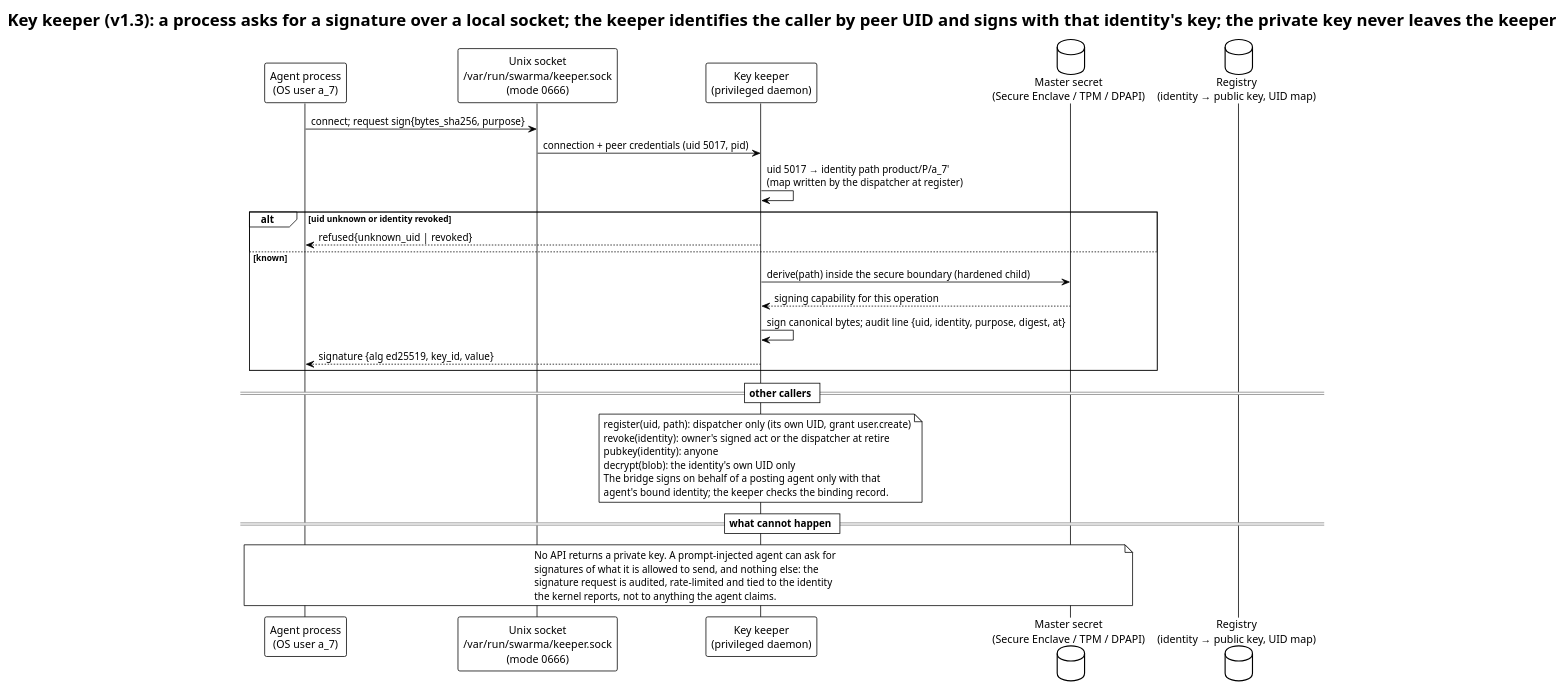
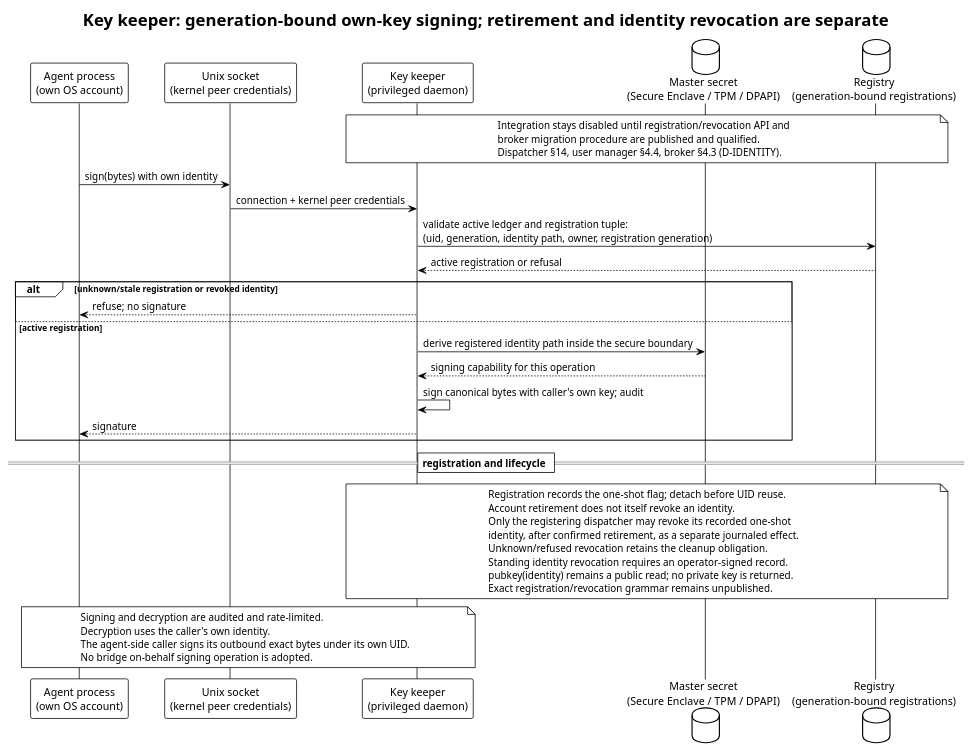
One commit to relux-works/swarm-platform-architecture changed the diagram in diagrams/plantuml/sequence/keeper-sign.puml. Above: the diagram before and after it, drawn with PlantUML. The commit also changed 16 other files, not shown here.

First line of the commit message:
Wave 6: align the architecture draft with the accepted architecture-review findings (TASK-261013-2pihb0)

```diff
--- a/diagrams/plantuml/sequence/keeper-sign.puml
+++ b/diagrams/plantuml/sequence/keeper-sign.puml
@@ -1,40 +1,47 @@
 @startuml keeper-sign
 !theme plain
-title Key keeper (v1.3): a process asks for a signature over a local socket; the keeper identifies the caller by peer UID and signs with that identity's key; the private key never leaves the keeper
+title Key keeper: generation-bound own-key signing; retirement and identity revocation are separate
+' Updated: accepted architecture-review findings (2026-10-13)
 
-participant "Agent process\n(OS user a_7)" as A
-participant "Unix socket\n/var/run/swarma/keeper.sock\n(mode 0666)" as S
+participant "Agent process\n(own OS account)" as A
+participant "Unix socket\n(kernel peer credentials)" as S
 participant "Key keeper\n(privileged daemon)" as KK
 database "Master secret\n(Secure Enclave / TPM / DPAPI)" as HS
-database "Registry\n(identity → public key, UID map)" as R
+database "Registry\n(generation-bound registrations)" as R
 
-A -> S: connect; request sign{bytes_sha256, purpose}
-S -> KK: connection + peer credentials (uid 5017, pid)
-KK -> KK: uid 5017 → identity path product/P/a_7'\n(map written by the dispatcher at register)
-alt uid unknown or identity revoked
-  KK --> A: refused{unknown_uid | revoked}
-else known
-  KK -> HS: derive(path) inside the secure boundary (hardened child)
+note over KK, R
+  Integration stays disabled until registration/revocation API and
+  broker migration procedure are published and qualified.
+  Dispatcher §14, user manager §4.4, broker §4.3 (D-IDENTITY).
+end note
+A -> S: sign(bytes) with own identity
+S -> KK: connection + kernel peer credentials
+KK -> R: validate active ledger and registration tuple:\n(uid, generation, identity path, owner, registration generation)
+R --> KK: active registration or refusal
+alt unknown/stale registration or revoked identity
+  KK --> A: refuse; no signature
+else active registration
+  KK -> HS: derive registered identity path inside the secure boundary
   HS --> KK: signing capability for this operation
-  KK -> KK: sign canonical bytes; audit line {uid, identity, purpose, digest, at}
-  KK --> A: signature {alg ed25519, key_id, value}
+  KK -> KK: sign canonical bytes with caller's own key; audit
+  KK --> A: signature
 end
 
-== other callers ==
-note over KK
-  register(uid, path): dispatcher only (its own UID, grant user.create)
-  revoke(identity): owner's signed act or the dispatcher at retire
-  pubkey(identity): anyone
-  decrypt(blob): the identity's own UID only
-  The bridge signs on behalf of a posting agent only with that
-  agent's bound identity; the keeper checks the binding record.
+== registration and lifecycle ==
+note over KK, R
+  Registration records the one-shot flag; detach before UID reuse.
+  Account retirement does not itself revoke an identity.
+  Only the registering dispatcher may revoke its recorded one-shot
+  identity, after confirmed retirement, as a separate journaled effect.
+  Unknown/refused revocation retains the cleanup obligation.
+  Standing identity revocation requires an operator-signed record.
+  pubkey(identity) remains a public read; no private key is returned.
+  Exact registration/revocation grammar remains unpublished.
 end note
-
-== what cannot happen ==
-note over A, HS
-  No API returns a private key. A prompt-injected agent can ask for
-  signatures of what it is allowed to send, and nothing else: the
-  signature request is audited, rate-limited and tied to the identity
-  the kernel reports, not to anything the agent claims.
+note over A, KK
+  Signing and decryption are audited and rate-limited.
+  Decryption uses the caller's own identity.
+  The agent-side caller signs its outbound exact bytes under its own UID.
+  No bridge on-behalf signing operation is adopted.
 end note
 @enduml
```
